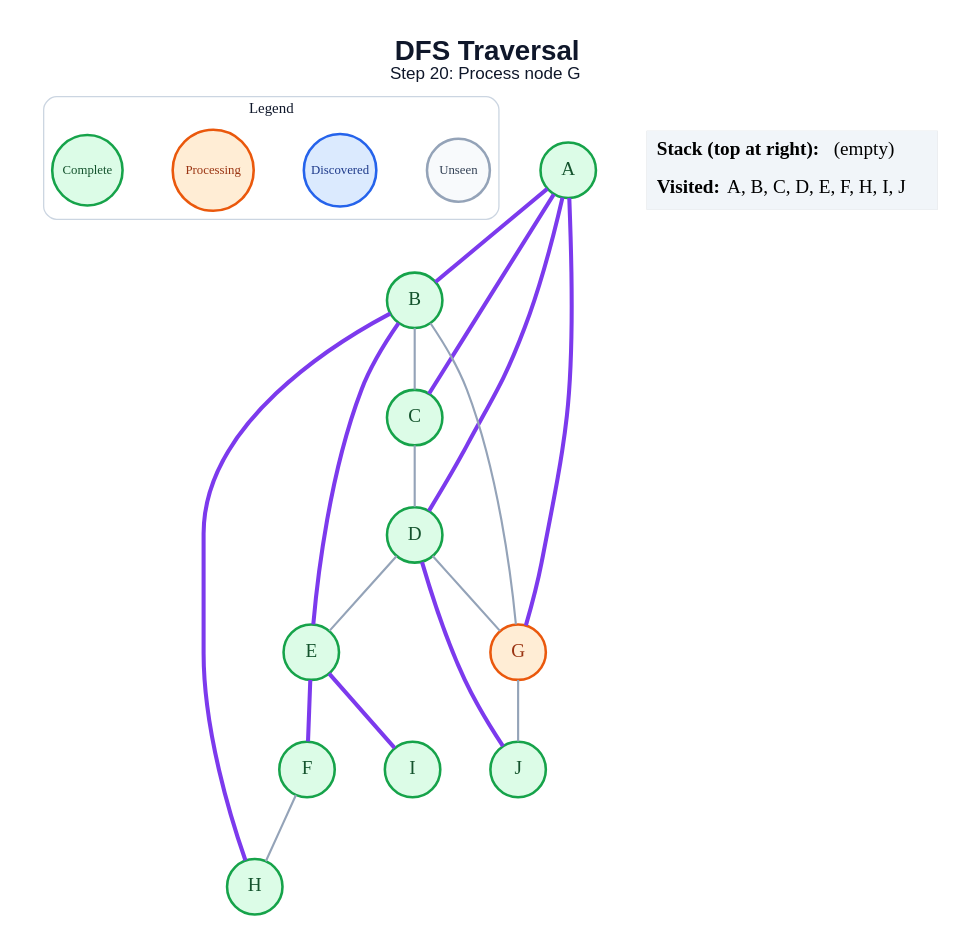
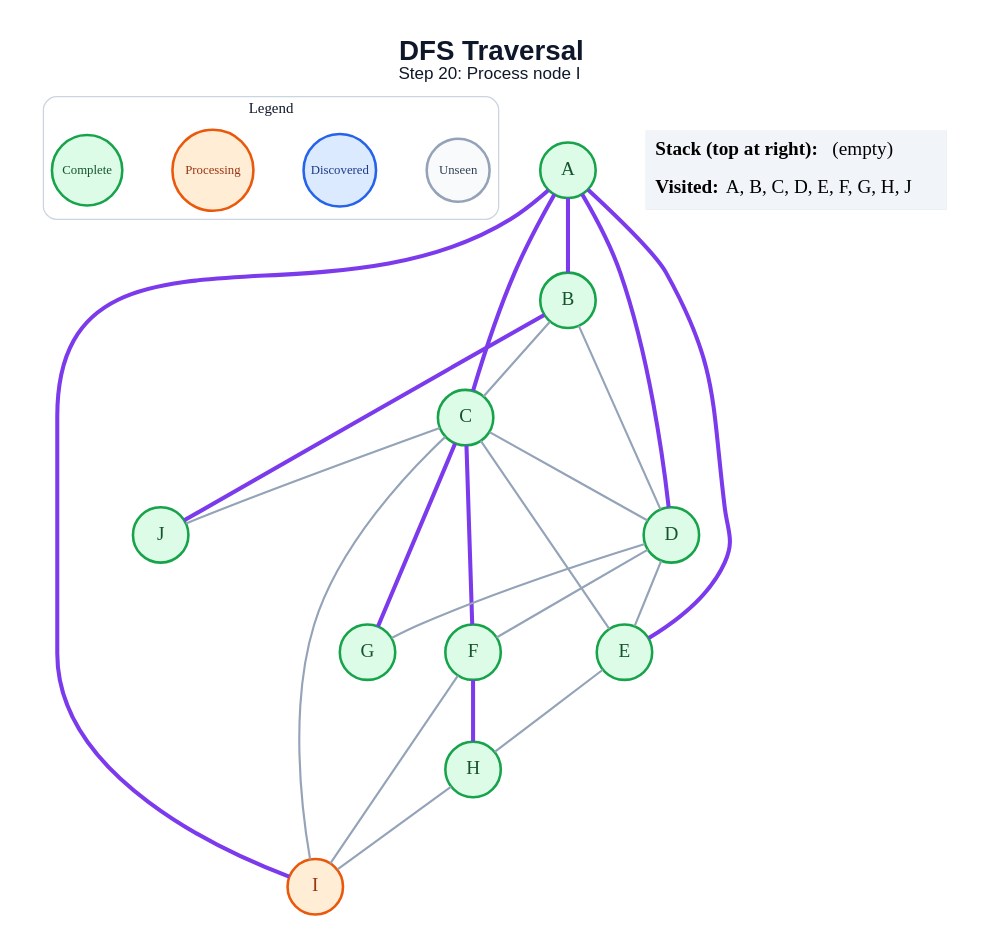
The diagram in generated/dfs/step_20.dot (amanghodawala9/ai-slop), drawn with Graphviz before and after one commit. The commit also changed 178 other files, not shown here.

```diff
--- a/generated/dfs/step_20.dot
+++ b/generated/dfs/step_20.dot
@@ -1,45 +1,50 @@
 graph traversal {
   graph [layout=dot, rankdir=TB, bgcolor="#FFFFFF", pad="0.35", nodesep="0.65", ranksep="0.8", fontname="Arial"];
   node [shape=circle, style="filled", fontname="Arial Bold", fontsize=18, width=0.72, fixedsize=true, penwidth=2.4];
   edge [color="#94A3B8", penwidth=2.0];
-  label=<<B>DFS Traversal</B><BR/><FONT POINT-SIZE="16">Step 20: Process node G</FONT>>; labelloc="t"; fontsize=26; fontname="Arial"; fontcolor="#0F172A";
+  label=<<B>DFS Traversal</B><BR/><FONT POINT-SIZE="16">Step 20: Process node I</FONT>>; labelloc="t"; fontsize=26; fontname="Arial"; fontcolor="#0F172A";
   subgraph cluster_legend { label="Legend"; color="#CBD5E1"; penwidth=1.2; style="rounded"; fontsize=14; fontname="Arial Bold";
     key_unseen [label="Unseen", fillcolor="#F8FAFC", color="#94A3B8", fontcolor="#334155", fontsize=12, width=0.82];
     key_frontier [label="Discovered", fillcolor="#DBEAFE", color="#2563EB", fontcolor="#1E3A8A", fontsize=12, width=0.95];
     key_current [label="Processing", fillcolor="#FFEDD5", color="#EA580C", fontcolor="#9A3412", fontsize=12, width=1.05];
     key_done [label="Complete", fillcolor="#DCFCE7", color="#16A34A", fontcolor="#14532D", fontsize=12, width=0.92];
     { rank=same; key_unseen; key_frontier; key_current; key_done; }
   }
   A [fillcolor="#DCFCE7", color="#16A34A", fontcolor="#14532D"];
   B [fillcolor="#DCFCE7", color="#16A34A", fontcolor="#14532D"];
   C [fillcolor="#DCFCE7", color="#16A34A", fontcolor="#14532D"];
   D [fillcolor="#DCFCE7", color="#16A34A", fontcolor="#14532D"];
   E [fillcolor="#DCFCE7", color="#16A34A", fontcolor="#14532D"];
   F [fillcolor="#DCFCE7", color="#16A34A", fontcolor="#14532D"];
-  G [fillcolor="#FFEDD5", color="#EA580C", fontcolor="#9A3412"];
+  G [fillcolor="#DCFCE7", color="#16A34A", fontcolor="#14532D"];
   H [fillcolor="#DCFCE7", color="#16A34A", fontcolor="#14532D"];
-  I [fillcolor="#DCFCE7", color="#16A34A", fontcolor="#14532D"];
+  I [fillcolor="#FFEDD5", color="#EA580C", fontcolor="#9A3412"];
   J [fillcolor="#DCFCE7", color="#16A34A", fontcolor="#14532D"];
   A -- B [color="#7C3AED", penwidth=3.8];
   A -- C [color="#7C3AED", penwidth=3.8];
   A -- D [color="#7C3AED", penwidth=3.8];
-  A -- G [color="#7C3AED", penwidth=3.8];
+  A -- E [color="#7C3AED", penwidth=3.8];
+  A -- I [color="#7C3AED", penwidth=3.8];
   B -- C;
-  B -- E [color="#7C3AED", penwidth=3.8];
-  B -- G;
-  B -- H [color="#7C3AED", penwidth=3.8];
+  B -- D;
+  B -- J [color="#7C3AED", penwidth=3.8];
   C -- D;
+  C -- E;
+  C -- F [color="#7C3AED", penwidth=3.8];
+  C -- G [color="#7C3AED", penwidth=3.8];
+  C -- I;
+  C -- J;
   D -- E;
+  D -- F;
   D -- G;
-  D -- J [color="#7C3AED", penwidth=3.8];
-  E -- F [color="#7C3AED", penwidth=3.8];
-  E -- I [color="#7C3AED", penwidth=3.8];
-  F -- H;
-  G -- J;
+  E -- H;
+  F -- H [color="#7C3AED", penwidth=3.8];
+  F -- I;
+  H -- I;
   status [shape=plain, fixedsize=false, width=0, height=0, margin=0, label=<
     <TABLE BORDER="0" CELLBORDER="0" CELLPADDING="7" BGCOLOR="#F1F5F9">
       <TR><TD ALIGN="LEFT"><B>Stack (top at right):</B> (empty)</TD></TR>
-      <TR><TD ALIGN="LEFT"><B>Visited:</B> A, B, C, D, E, F, H, I, J</TD></TR>
+      <TR><TD ALIGN="LEFT"><B>Visited:</B> A, B, C, D, E, F, G, H, J</TD></TR>
     </TABLE>
   >];
 }
```
